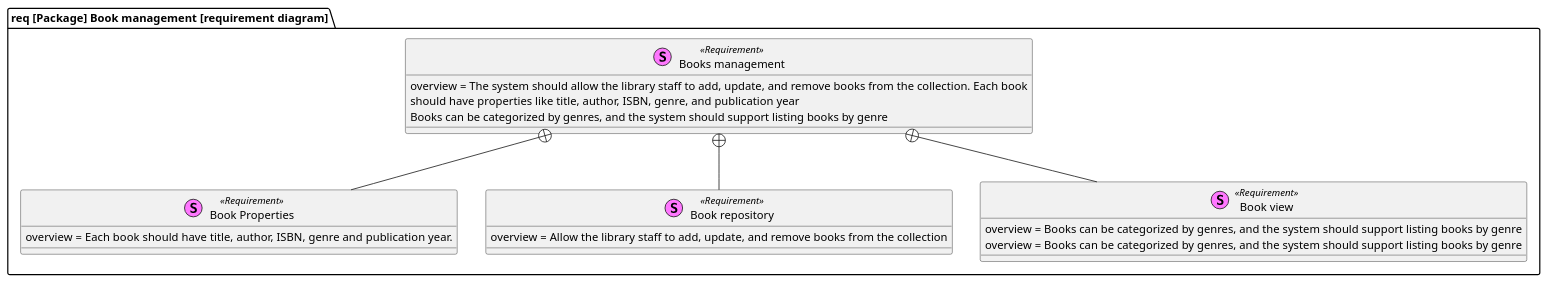
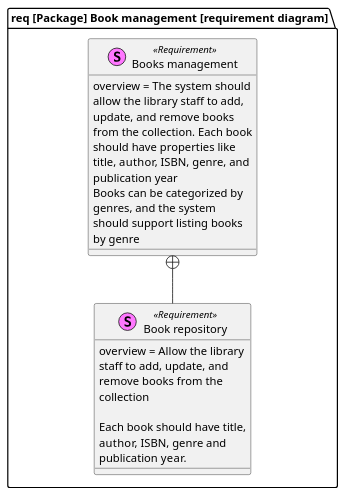
Before and after one commit to WebSystemsDevelopment/alexandria: the diagram in system-design/requirement-eliciting/sysml-diagram/book-management.puml, drawn with PlantUML. The commit also changed 4 other files, not shown here.

```diff
--- a/system-design/requirement-eliciting/sysml-diagram/book-management.puml
+++ b/system-design/requirement-eliciting/sysml-diagram/book-management.puml
@@ -1,28 +1,17 @@
 @startuml
+skinparam wrapWidth 200
 package "req [Package] Book management [requirement diagram]" {
-    stereotype "Book Properties" as properties <<Requirement>> {
-        overview = Each book should have title, author, ISBN, genre and publication year.
-    }
-
     stereotype "Book repository" as repository <<Requirement>> {
         overview = Allow the library staff to add, update, and remove books from the collection
-    }
 
-    stereotype "Book view" as list_view <<Requirement>> {
-        overview = Books can be categorized by genres, and the system should support listing books by genre
-    }
-
-    stereotype "Book view" as list_view <<Requirement>> {
-        overview = Books can be categorized by genres, and the system should support listing books by genre
+        Each book should have title, author, ISBN, genre and publication year.
     }
 
     stereotype "Books management" as book_management <<Requirement>> {
         overview = The system should allow the library staff to add, update, and remove books from the collection. Each book
         should have properties like title, author, ISBN, genre, and publication year
         Books can be categorized by genres, and the system should support listing books by genre
     }
-    book_management +-- list_view
     book_management +-- repository
-    book_management +-- properties
 }
 @enduml
```
